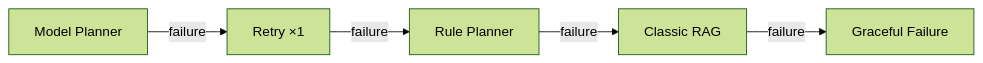
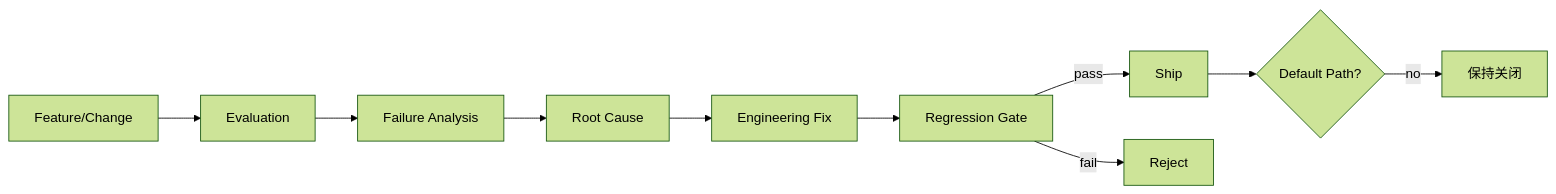
Before and after one commit to HHHAnQi/kiwi-doc: the fourth of 4 diagrams in README.md, drawn with Mermaid (forest theme). The commit also changed other lines of this file and 1 other file, not shown here.

````diff
--- a/README.md
+++ b/README.md
@@ -102,7 +148,8 @@
 ```mermaid
 flowchart LR
-    M[Model Planner] -->|failure| RT[Retry ×1]
-    RT -->|failure| RP[Rule Planner]
-    RP -->|failure| C[Classic RAG]
-    C -->|failure| F[Graceful Failure]
+    F[Feature/Change] --> E[Evaluation] --> FA[Failure Analysis]
+    FA --> RC[Root Cause] --> FX[Engineering Fix] --> RG[Regression Gate]
+    RG -->|pass| SHIP[Ship] --> D{Default Path?}
+    RG -->|fail| REJ[Reject]
+    D -->|no| OFF[保持关闭]
 ```
````
